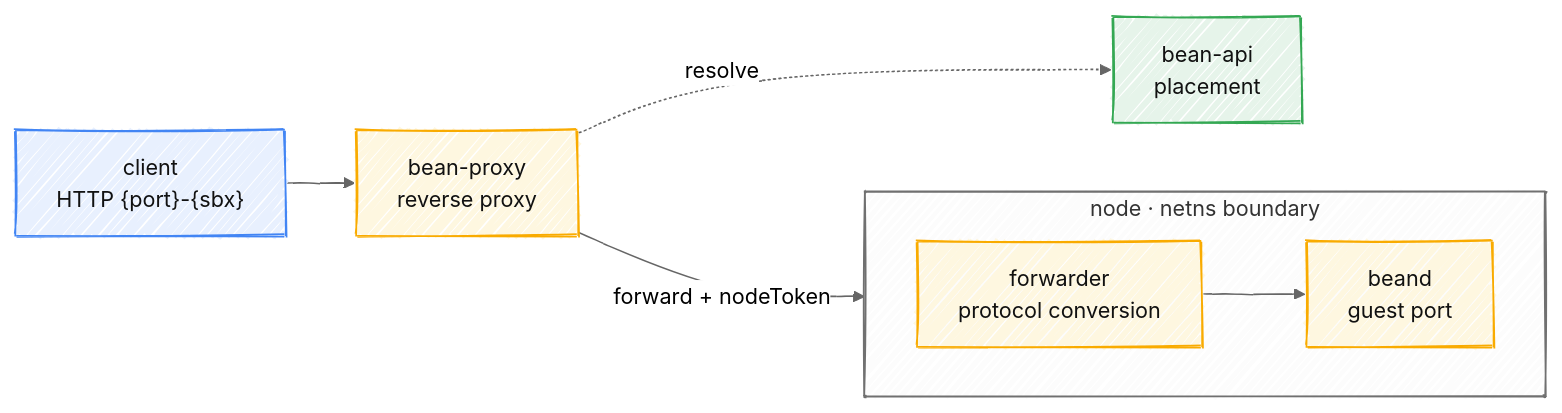
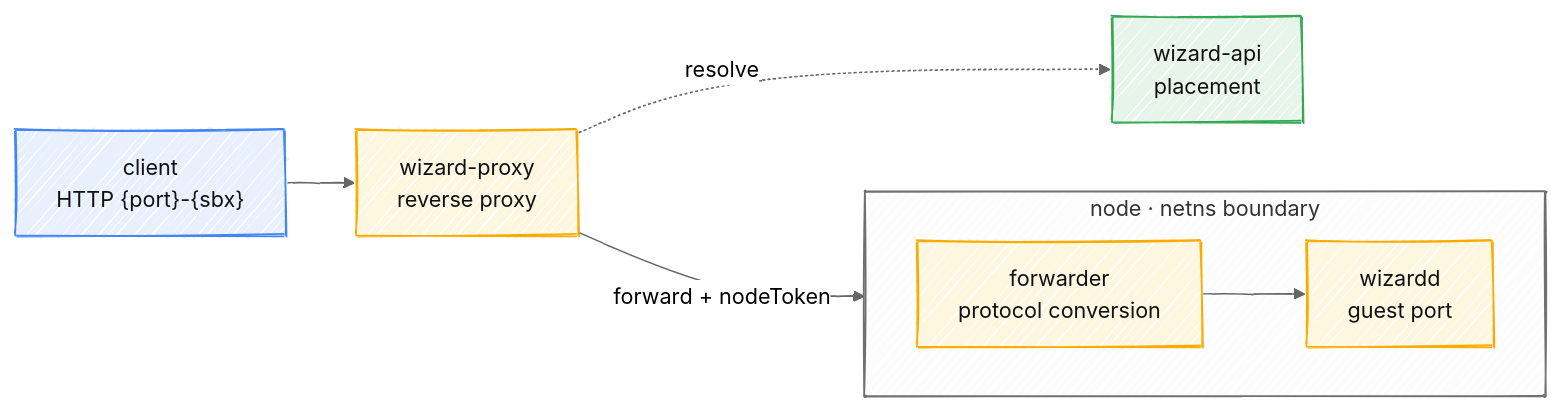
Before and after one commit to garysng/bean: the third of 5 diagrams in docs/architecture-diagrams.md, drawn with Mermaid. The commit also changed other lines of this file and 326 other files, not shown here.

First line of the commit message:
rename project bean -> wizard

````diff
--- a/docs/architecture-diagrams.md
+++ b/docs/architecture-diagrams.md
@@ -143,31 +143,31 @@
 ```mermaid
 ---
 config:
   look: handDrawn
   theme: neutral
   flowchart:
     curve: basis
 ---
 flowchart LR
   CLIENT["client<br>HTTP {port}-{sbx}"]
-  API["bean-api<br>placement"]
-  PROXY["bean-proxy<br>reverse proxy"]
+  API["wizard-api<br>placement"]
+  PROXY["wizard-proxy<br>reverse proxy"]
 
   subgraph NODE["node · netns boundary"]
     direction LR
     FWD["forwarder<br>protocol conversion"]
-    AGENT["beand<br>guest port"]
+    AGENT["wizardd<br>guest port"]
     FWD --> AGENT
   end
 
   CLIENT --> PROXY
   PROXY -. resolve .-> API
   PROXY -- forward + nodeToken --> FWD
 
   classDef client fill:#E8F0FE,stroke:#4285F4,color:#111;
   classDef control fill:#E6F4EA,stroke:#34A853,color:#111;
   classDef data fill:#FEF7E0,stroke:#F9AB00,color:#111;
   class CLIENT client;
   class API control;
   class PROXY,FWD,AGENT data;
 ```
````
